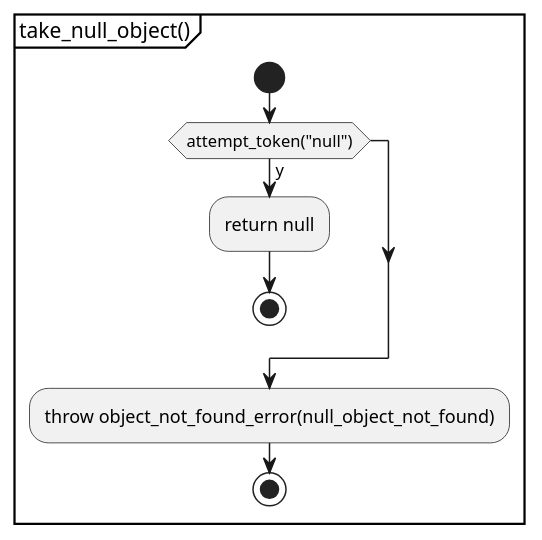
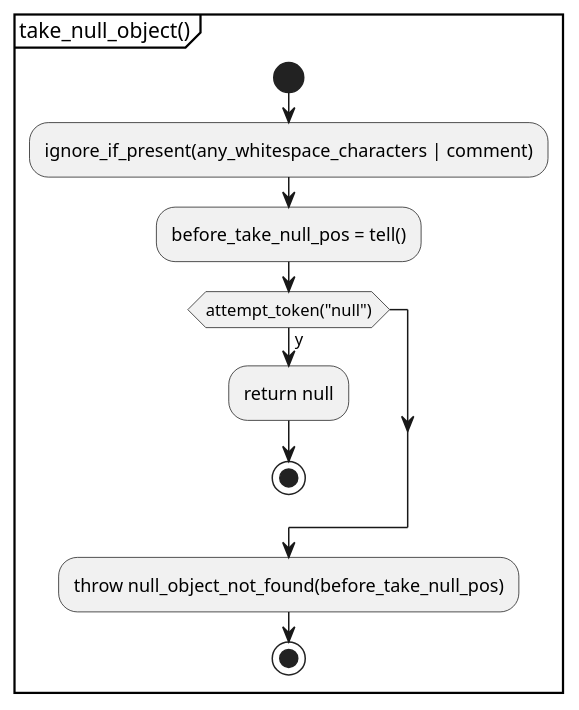
Before and after one commit to KodaiYM/PDFReader: the eighth of 15 diagrams in document/document_reader/ipdfstream/object_stream/object_stream.activity.pu, drawn with PlantUML. The commit also changed other lines of this file and 23 other files, not shown here.

```diff
--- a/document/document_reader/ipdfstream/object_stream/object_stream.activity.pu
+++ b/document/document_reader/ipdfstream/object_stream/object_stream.activity.pu
@@ -291,12 +308,15 @@
 @startuml take_null_object
 partition "take_null_object()" {
 start
+	:ignore_if_present(any_whitespace_characters | comment);
+	:before_take_null_pos = tell();
+
 	if (attempt_token("null")) then (y)
 		:return null;
 		stop
 	endif
 
-	:throw object_not_found_error(null_object_not_found);
+	:throw null_object_not_found(before_take_null_pos);
 stop
 }
 @enduml
```
